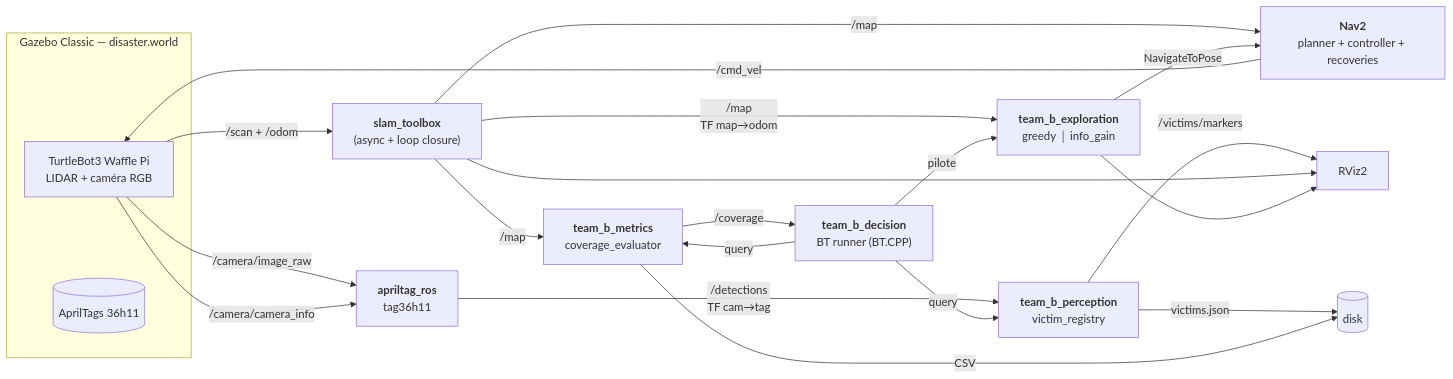
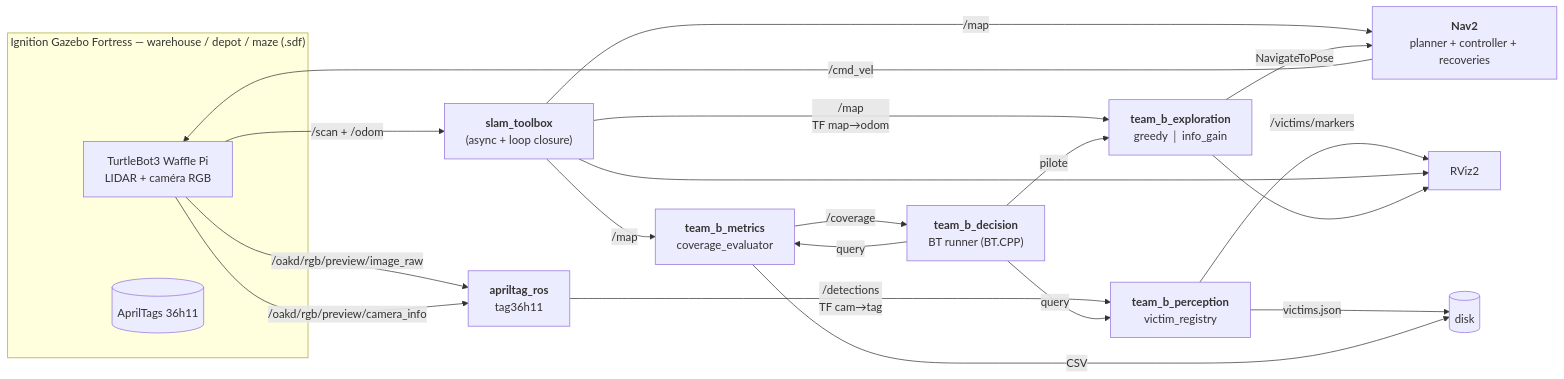
Before and after one commit to YiZeems/autonomous-search-and-rescue: the diagram in README.fr.md, drawn with Mermaid. The commit also changed other lines of this file and 8 other files, not shown here.

````diff
--- a/README.fr.md
+++ b/README.fr.md
@@ -80,34 +80,34 @@
 ```mermaid
 flowchart LR
-    subgraph SIM["Gazebo Classic — disaster.world"]
+    subgraph SIM["Ignition Gazebo Fortress — warehouse / depot / maze (.sdf)"]
         ROBOT[TurtleBot3 Waffle Pi<br/>LIDAR + caméra RGB]
         TAGS[(AprilTags 36h11)]
     end
 
     ROBOT -- /scan + /odom --> SLAM
-    ROBOT -- /camera/image_raw --> APRIL
-    ROBOT -- /camera/camera_info --> APRIL
+    ROBOT -- /oakd/rgb/preview/image_raw --> APRIL
+    ROBOT -- /oakd/rgb/preview/camera_info --> APRIL
 
     SLAM["<b>slam_toolbox</b><br/>(async + loop closure)"] -- /map<br/>TF map→odom --> EXPLORE
     SLAM -- /map --> METRIC
     SLAM -- /map --> NAV2
 
     APRIL["<b>apriltag_ros</b><br/>tag36h11"] -- /detections<br/>TF cam→tag --> REG
 
     EXPLORE["<b>team_b_exploration</b><br/>greedy │ info_gain"] -- NavigateToPose --> NAV2
     REG["<b>team_b_perception</b><br/>victim_registry"] -- /victims/markers --> RVIZ
     REG -- victims.json --> FS[(disk)]
 
     BT["<b>team_b_decision</b><br/>BT runner (BT.CPP)"] -- pilote --> EXPLORE
     BT -- query --> REG
     BT -- query --> METRIC
 
     NAV2["<b>Nav2</b><br/>planner + controller + recoveries"] -- /cmd_vel --> ROBOT
 
     METRIC["<b>team_b_metrics</b><br/>coverage_evaluator"] -- /coverage --> BT
     METRIC -- CSV --> FS
 
     RVIZ[RViz2]
     SLAM --> RVIZ
     EXPLORE --> RVIZ
 ```
````
